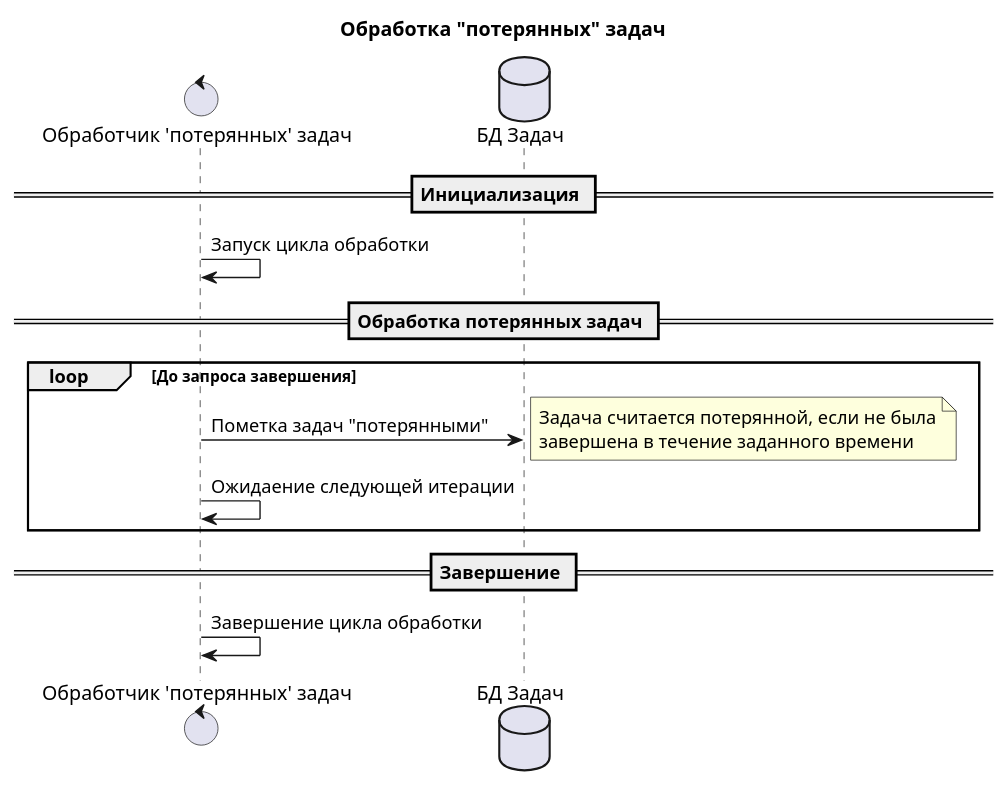
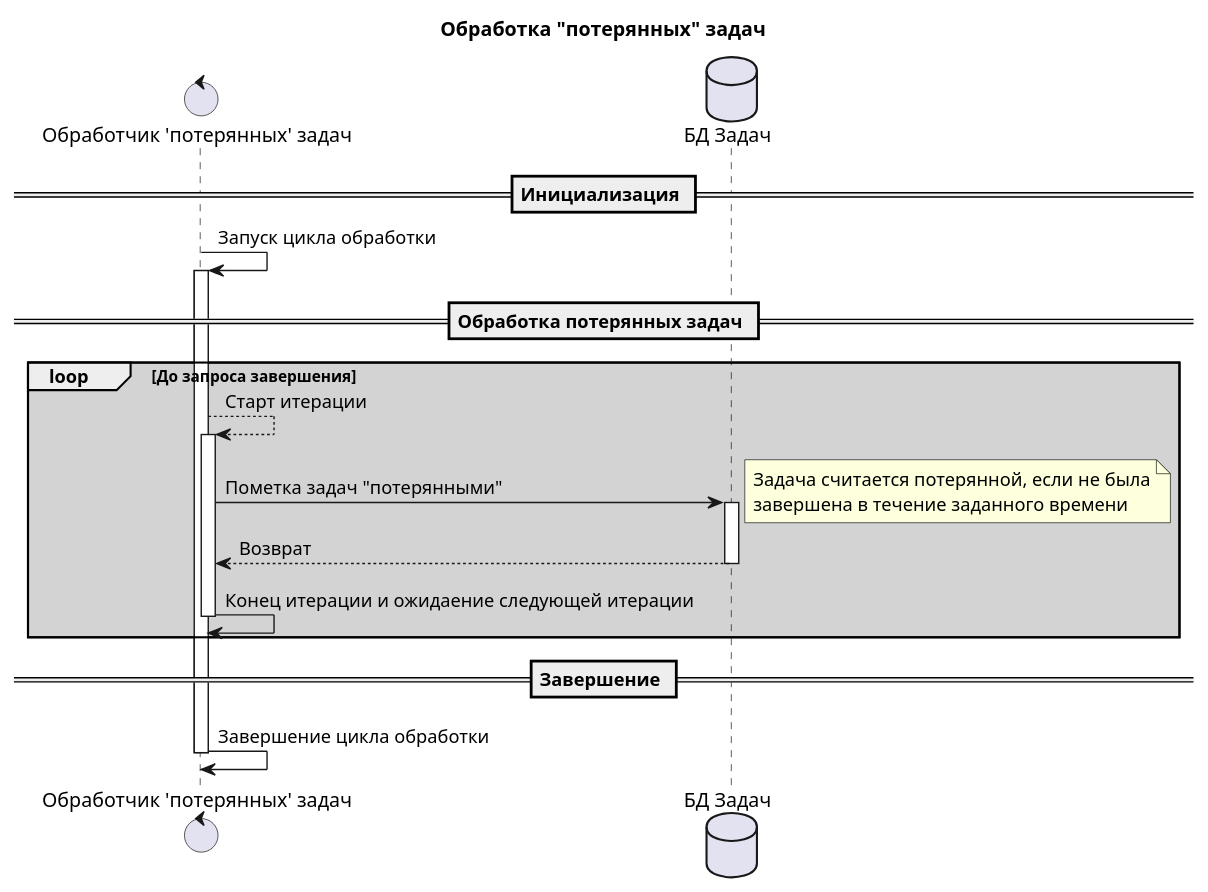
The third of 3 diagrams in docs/diagrams/sequence/Jobs.WebApi.puml (mrypdm/JobSystem), drawn with PlantUML before and after one commit. The commit also changed other lines of this file and 2 other files, not shown here.

Commit message:
improve sequences

```diff
--- a/docs/diagrams/sequence/Jobs.WebApi.puml
+++ b/docs/diagrams/sequence/Jobs.WebApi.puml
@@ -50,30 +52,33 @@
 @startuml Lost Jobs worker
 
 title Обработка "потерянных" задач
 
 control "Обработчик 'потерянных' задач" as WORKER
 database "БД Задач" as DB
 
 == Инициализация ==
 
-WORKER -> WORKER: Запуск цикла обработки
+WORKER -> WORKER++: Запуск цикла обработки
 
 == Обработка потерянных задач ==
 
-loop До запроса завершения
+loop #LightGray До запроса завершения
 
-    WORKER -> DB: Пометка задач "потерянными"
+    WORKER --> WORKER++: Старт итерации
+
+    WORKER -> DB++: Пометка задач "потерянными"
     note right
         Задача считается потерянной, если не была
         завершена в течение заданного времени
     end note
+    DB --> WORKER--: Возврат
 
-    WORKER -> WORKER: Ожидаение следующей итерации
+    WORKER -> WORKER--: Конец итерации и ожидаение следующей итерации
 
 end
 
 == Завершение ==
 
-WORKER -> WORKER: Завершение цикла обработки
+WORKER -> WORKER--: Завершение цикла обработки
 
 @enduml
```
